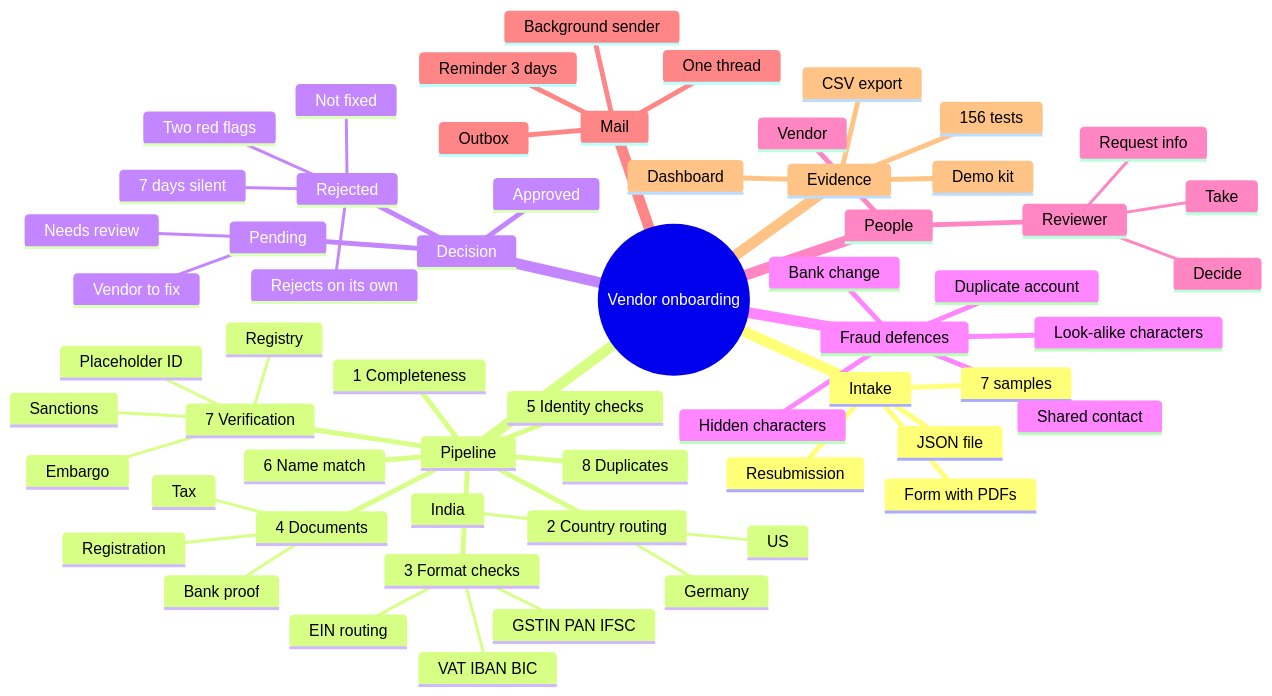
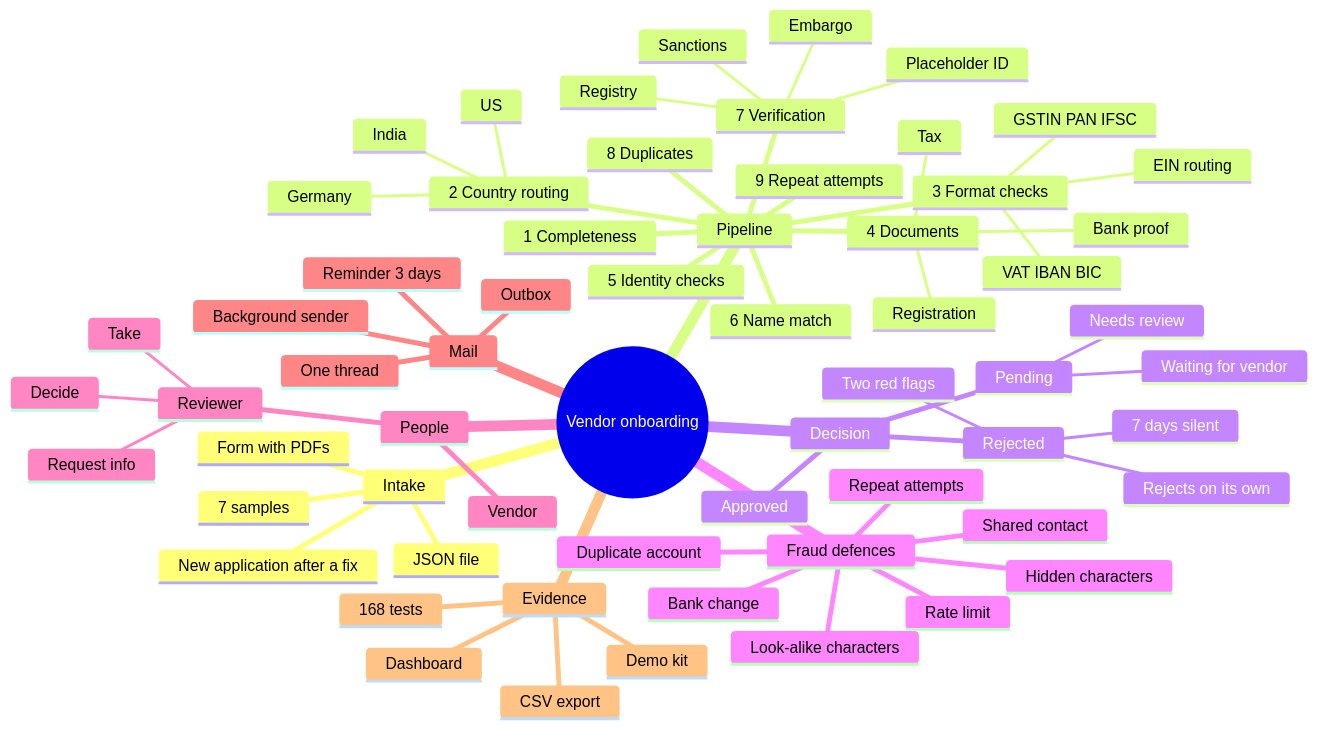
One commit to ShubhamK0802/vendor-onboarding-flask changed the diagram in docs/MIND_MAP.md. Above: the diagram before and after it, drawn with Mermaid. The commit also changed 22 other files, not shown here.

````diff
--- a/docs/MIND_MAP.md
+++ b/docs/MIND_MAP.md
@@ -3,63 +3,65 @@
 ```mermaid
 mindmap
   root((Vendor onboarding))
     Intake
       Form with PDFs
       JSON file
       7 samples
-      Resubmission
+      New application after a fix
     Pipeline
       1 Completeness
       2 Country routing
         India
         US
         Germany
       3 Format checks
         GSTIN PAN IFSC
         EIN routing
         VAT IBAN BIC
       4 Documents
         Tax
         Registration
         Bank proof
       5 Identity checks
       6 Name match
       7 Verification
         Registry
         Sanctions
         Embargo
         Placeholder ID
       8 Duplicates
+      9 Repeat attempts
     Decision
       Approved
       Pending
-        Vendor to fix
+        Waiting for vendor
         Needs review
       Rejected
         Rejects on its own
         Two red flags
-        Not fixed
         7 days silent
     Fraud defences
       Look-alike characters
       Hidden characters
       Bank change
       Shared contact
       Duplicate account
+      Repeat attempts
+      Rate limit
     People
       Vendor
       Reviewer
         Take
         Decide
         Request info
     Mail
       Outbox
       Background sender
       One thread
       Reminder 3 days
     Evidence
       Dashboard
       CSV export
-      156 tests
+      168 tests
       Demo kit
 ```
````
